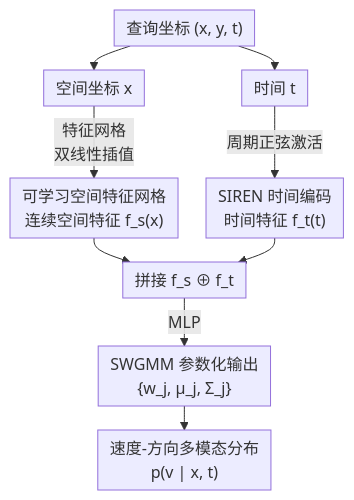
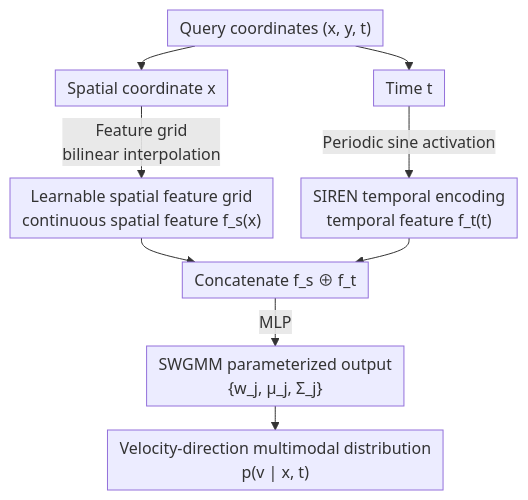
One commit to zhaoyang97/Paper-Notes-en changed the diagram in docs/ICLR2026/autonomous_driving/nemo-map_neural_implicit_flow_fields_for_spatio-temporal_motion_mapping.md. Above: the diagram before and after it, drawn with Mermaid. The commit also changed 644 other files, not shown here.

````diff
--- a/docs/ICLR2026/autonomous_driving/nemo-map_neural_implicit_flow_fields_for_spatio-temporal_motion_mapping.md
+++ b/docs/ICLR2026/autonomous_driving/nemo-map_neural_implicit_flow_fields_for_spatio-temporal_motion_mapping.md
@@ -51,12 +51,12 @@
 ```mermaid
 %%{init: {'flowchart': {'rankSpacing': 24, 'nodeSpacing': 28, 'padding': 6, 'wrappingWidth': 400}}}%%
 flowchart TD
-    Q["查询坐标 (x, y, t)"] --> X["空间坐标 x"]
-    Q --> T["时间 t"]
-    X -->|"特征网格<br/>双线性插值"| FS["可学习空间特征网格<br/>连续空间特征 f_s(x)"]
-    T -->|"周期正弦激活"| FT["SIREN 时间编码<br/>时间特征 f_t(t)"]
-    FS --> CAT["拼接 f_s ⊕ f_t"]
+    Q["Query coordinates (x, y, t)"] --> X["Spatial coordinate x"]
+    Q --> T["Time t"]
+    X -->|"Feature grid<br/>bilinear interpolation"| FS["Learnable spatial feature grid<br/>continuous spatial feature f_s(x)"]
+    T -->|"Periodic sine activation"| FT["SIREN temporal encoding<br/>temporal feature f_t(t)"]
+    FS --> CAT["Concatenate f_s ⊕ f_t"]
     FT --> CAT
-    CAT -->|"MLP"| OUT["SWGMM 参数化输出<br/>{w_j, μ_j, Σ_j}"]
-    OUT --> DIST["速度-方向多模态分布<br/>p(v | x, t)"]
+    CAT -->|"MLP"| OUT["SWGMM parameterized output<br/>{w_j, μ_j, Σ_j}"]
+    OUT --> DIST["Velocity-direction multimodal distribution<br/>p(v | x, t)"]
 ```
````
